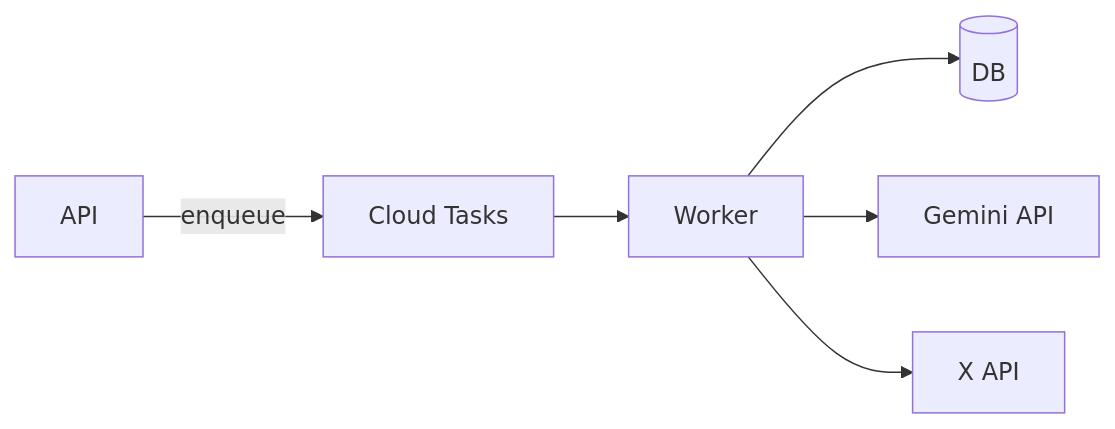
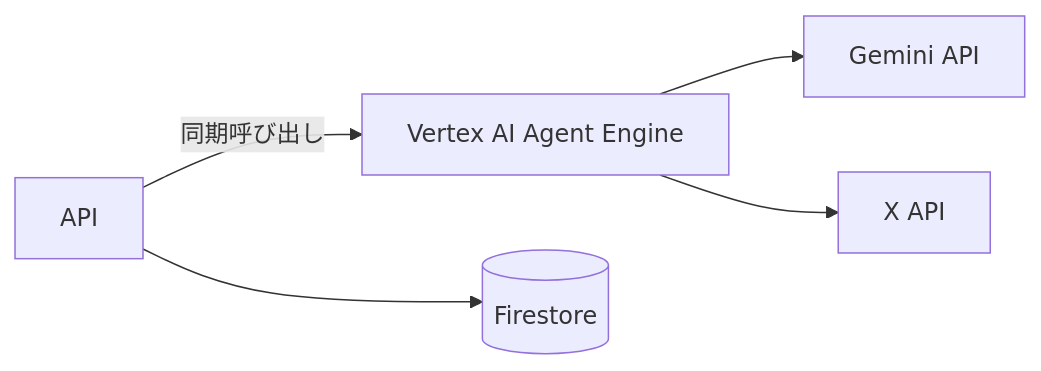
One commit to tasugiya/real_conversation_agents changed the third of 7 diagrams in docs/BASIC_DESIGN.md. Above: the diagram before and after it, drawn with Mermaid. The commit also changed other lines of this file, not shown here.

````diff
--- a/docs/BASIC_DESIGN.md
+++ b/docs/BASIC_DESIGN.md
@@ -418,8 +416,7 @@
 ```mermaid
 flowchart LR
-    API[API] -->|enqueue| CT[Cloud Tasks]
-    CT --> WK[Worker]
-    WK --> DB[(DB)]
-    WK --> AI[Gemini API]
-    WK --> EXT[X API]
+    API[API] -->|同期呼び出し| AE[Vertex AI Agent Engine]
+    AE --> Gemini[Gemini API]
+    AE --> XAPI[X API]
+    API --> DB[(Firestore)]
 ```
````
